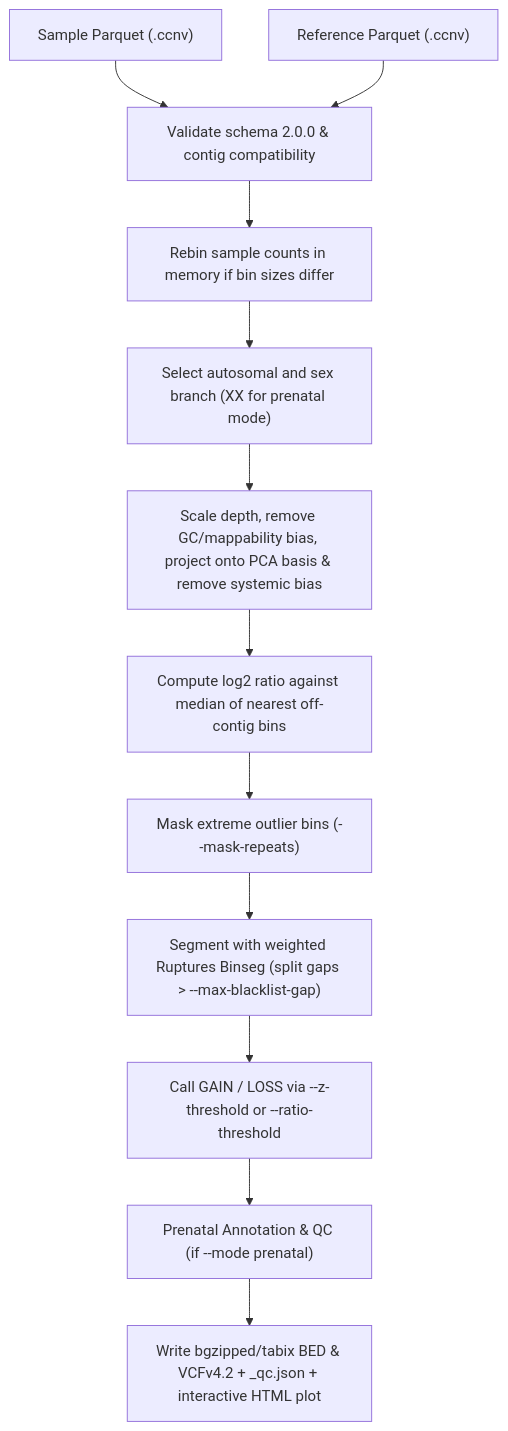
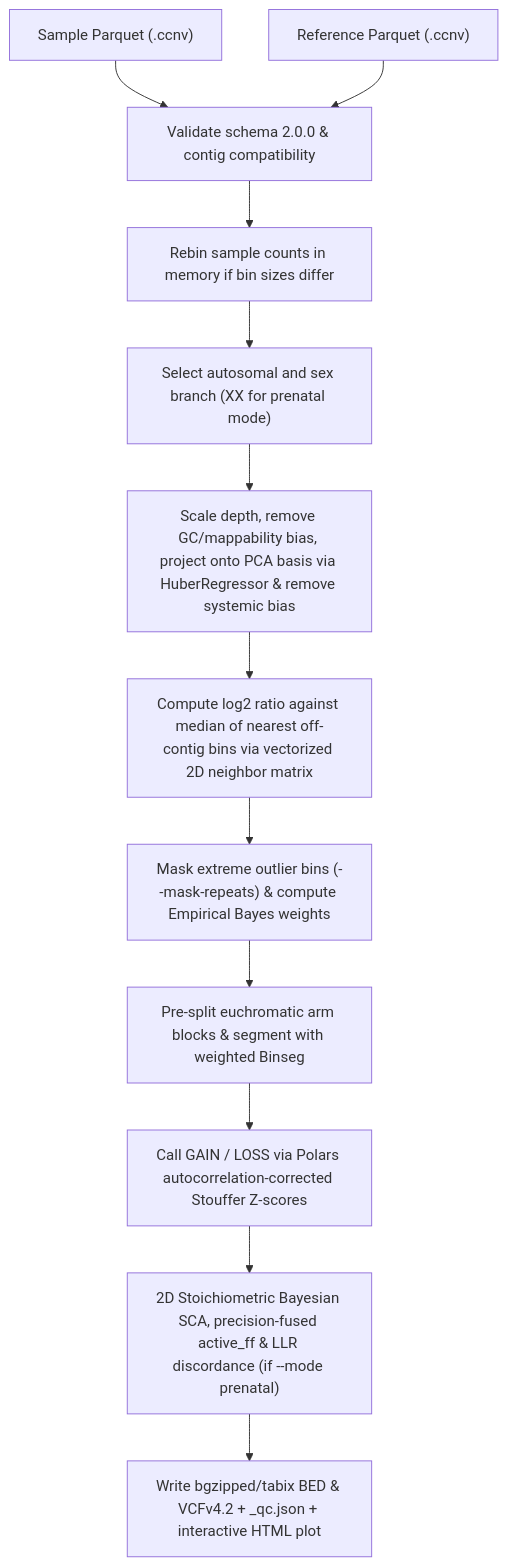
One commit to matthdsm/ccnv changed the fourth of 4 diagrams in docs/pipeline.md. Above: the diagram before and after it, drawn with Mermaid. The commit also changed other lines of this file and 47 other files, not shown here.

````diff
--- a/docs/pipeline.md
+++ b/docs/pipeline.md
@@ -94,14 +94,14 @@
 ```mermaid
 flowchart TD
     InSample["Sample Parquet (<sample>.ccnv)"] --> LoadCompat["Validate schema 2.0.0 & contig compatibility"]
     InRef["Reference Parquet (<reference>.ccnv)"] --> LoadCompat
     LoadCompat --> RebinCheck["Rebin sample counts in memory if bin sizes differ"]
     RebinCheck --> BranchSelect["Select autosomal and sex branch (XX for prenatal mode)"]
-    BranchSelect --> ProjectPCA["Scale depth, remove GC/mappability bias, project onto PCA basis & remove systemic bias"]
-    ProjectPCA --> MatchNearest["Compute log2 ratio against median of nearest off-contig bins"]
-    MatchNearest --> IterativeMask["Mask extreme outlier bins (--mask-repeats)"]
-    IterativeMask --> SegEngine["Segment with weighted Ruptures Binseg (split gaps > --max-blacklist-gap)"]
-    SegEngine --> CallEvents["Call GAIN / LOSS via --z-threshold or --ratio-threshold"]
-    CallEvents --> PrenatalAnnot["Prenatal Annotation & QC (if --mode prenatal)"]
+    BranchSelect --> ProjectPCA["Scale depth, remove GC/mappability bias, project onto PCA basis via HuberRegressor & remove systemic bias"]
+    ProjectPCA --> MatchNearest["Compute log2 ratio against median of nearest off-contig bins via vectorized 2D neighbor matrix"]
+    MatchNearest --> IterativeMask["Mask extreme outlier bins (--mask-repeats) & compute Empirical Bayes weights"]
+    IterativeMask --> SegEngine["Pre-split euchromatic arm blocks & segment with weighted Binseg"]
+    SegEngine --> CallEvents["Call GAIN / LOSS via Polars autocorrelation-corrected Stouffer Z-scores"]
+    CallEvents --> PrenatalAnnot["2D Stoichiometric Bayesian SCA, precision-fused active_ff & LLR discordance (if --mode prenatal)"]
     PrenatalAnnot --> Outputs["Write bgzipped/tabix BED & VCFv4.2 + _qc.json + interactive HTML plot"]
 ```
````
